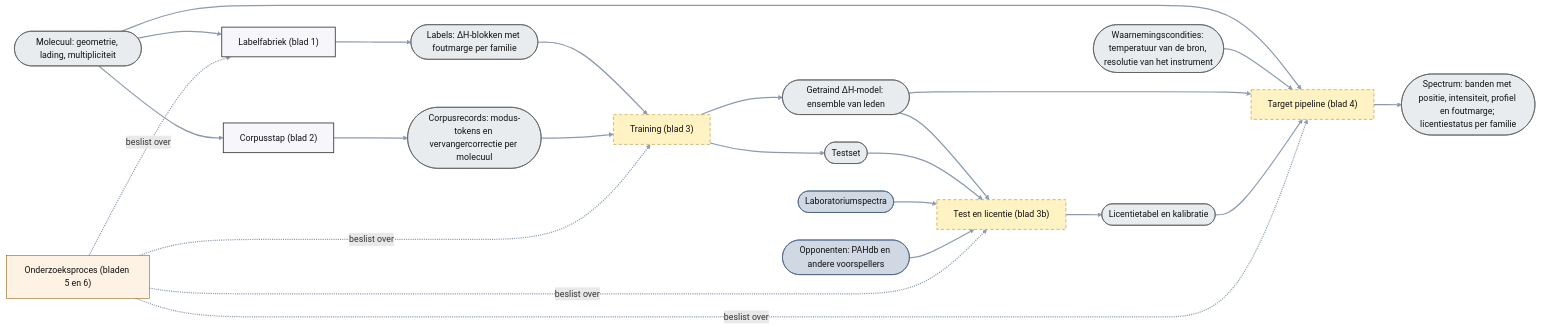
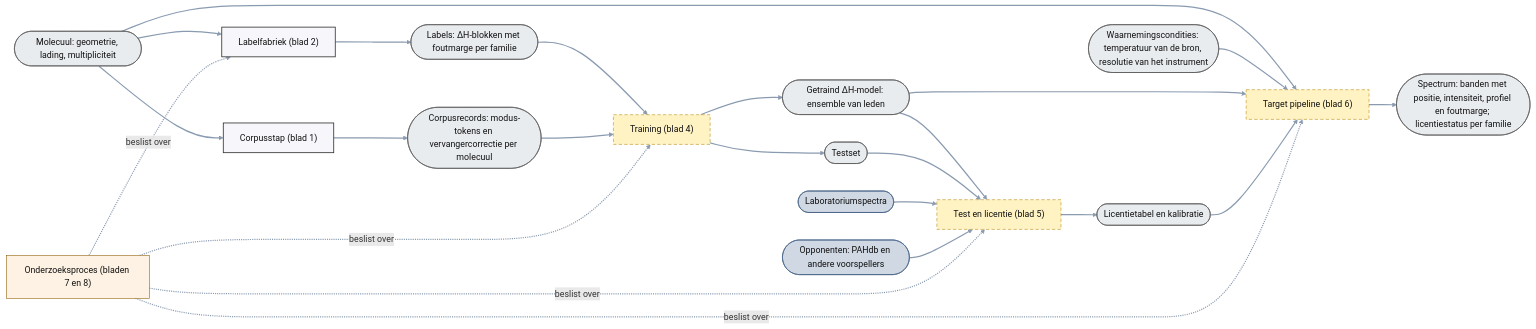
One commit to thebreadishard/udacity-capstone-plan changed the diagram in plans/05_delta-probed-ir-pipeline/GoalGathering/architecture/00_overzicht.mmd. Above: the diagram before and after it, drawn with Mermaid. The commit also changed 10 other files, not shown here.

```diff
--- a/plans/05_delta-probed-ir-pipeline/GoalGathering/architecture/00_overzicht.mmd
+++ b/plans/05_delta-probed-ir-pipeline/GoalGathering/architecture/00_overzicht.mmd
@@ -1,47 +1,47 @@
 %% Overzicht plan 05 (niveau 1): de soorten proces en de data-objecten die ze verbinden. Doelarchitectuur; geen besluiten, geen data.
 %% Rechthoek = proces (hier: een heel blad); ronde uiteinden = data-object; pijl = datastroom. Gestippeld = nog niet gebouwd.
 flowchart LR
   linkStyle default stroke:#8a9bb0,stroke-width:2.2px
   classDef planned stroke-dasharray: 6 4,stroke:#b8860b,fill:#fff3c4,color:#111
   classDef ext fill:#cfd8e3,stroke:#3d5a80,color:#111
   classDef data fill:#e9ecef,stroke:#555,color:#111
   classDef proc fill:#f7f7fb,stroke:#333,stroke-width:1.5px,color:#111
   classDef research fill:#fdf2e3,stroke:#8a5a00,color:#111
 
   MOL(["Molecuul: geometrie, lading, multipliciteit"]):::data
   COND(["Waarnemingscondities: temperatuur van de bron, resolutie van het instrument"]):::data
   LABDB(["Laboratoriumspectra"]):::ext
   PAHDB(["Opponenten: PAHdb en andere voorspellers"]):::ext
 
-  LABF["Labelfabriek (blad 1)"]:::proc
+  LABF["Labelfabriek (blad 2)"]:::proc
   LABELS(["Labels: ΔH-blokken met foutmarge per familie"]):::data
-  CORPF["Corpusstap (blad 2)"]:::proc
+  CORPF["Corpusstap (blad 1)"]:::proc
   CORPUS(["Corpusrecords: modus-tokens en vervangercorrectie per molecuul"]):::data
-  TRAIN["Training (blad 3)"]:::planned
+  TRAIN["Training (blad 4)"]:::planned
   TRAINED(["Getraind ΔH-model: ensemble van leden"]):::data
   TESTSET(["Testset"]):::data
-  EVAL["Test en licentie (blad 3b)"]:::planned
+  EVAL["Test en licentie (blad 5)"]:::planned
   LICCAL(["Licentietabel en kalibratie"]):::data
-  PIPE["Target pipeline (blad 4)"]:::planned
+  PIPE["Target pipeline (blad 6)"]:::planned
   SPEC(["Spectrum: banden met positie, intensiteit, profiel en foutmarge; licentiestatus per familie"]):::data
-  RES["Onderzoeksproces (bladen 5 en 6)"]:::research
+  RES["Onderzoeksproces (bladen 7 en 8)"]:::research
 
   MOL --> LABF --> LABELS
   MOL --> CORPF --> CORPUS
   LABELS --> TRAIN
   CORPUS --> TRAIN
   TRAIN --> TRAINED
   TRAINED --> EVAL
   TRAIN --> TESTSET --> EVAL
   LABDB --> EVAL
   PAHDB --> EVAL
   EVAL --> LICCAL
   MOL --> PIPE
   COND --> PIPE
   TRAINED --> PIPE
   LICCAL --> PIPE
   PIPE --> SPEC
   RES -. beslist over .-> LABF
   RES -. beslist over .-> TRAIN
   RES -. beslist over .-> EVAL
   RES -. beslist over .-> PIPE
```
